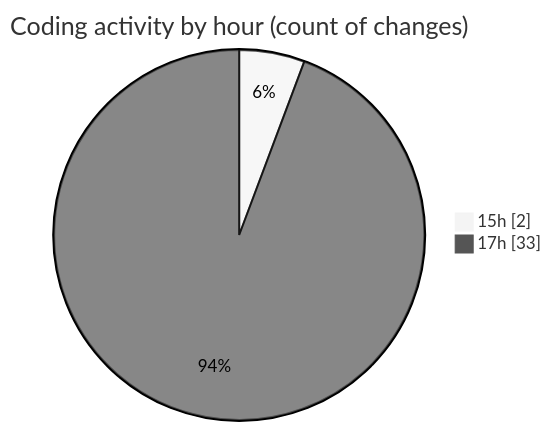
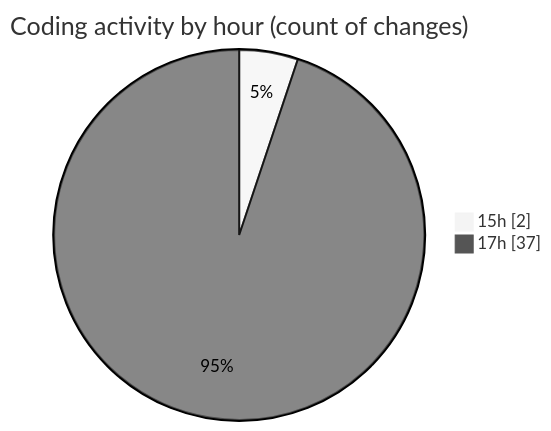
The second of 2 diagrams in 2025-05-06/samplepdf/README.md (momahboobian/code-tracking), drawn with Mermaid (neutral theme) before and after one commit. The commit also changed other lines of this file and 1 other file, not shown here.

````diff
--- a/2025-05-06/samplepdf/README.md
+++ b/2025-05-06/samplepdf/README.md
@@ -39,6 +39,6 @@
 ```mermaid
 pie showData
 title Coding activity by hour (count of changes)
 "15h" : 2
-"17h" : 33
+"17h" : 37
 ```
````
